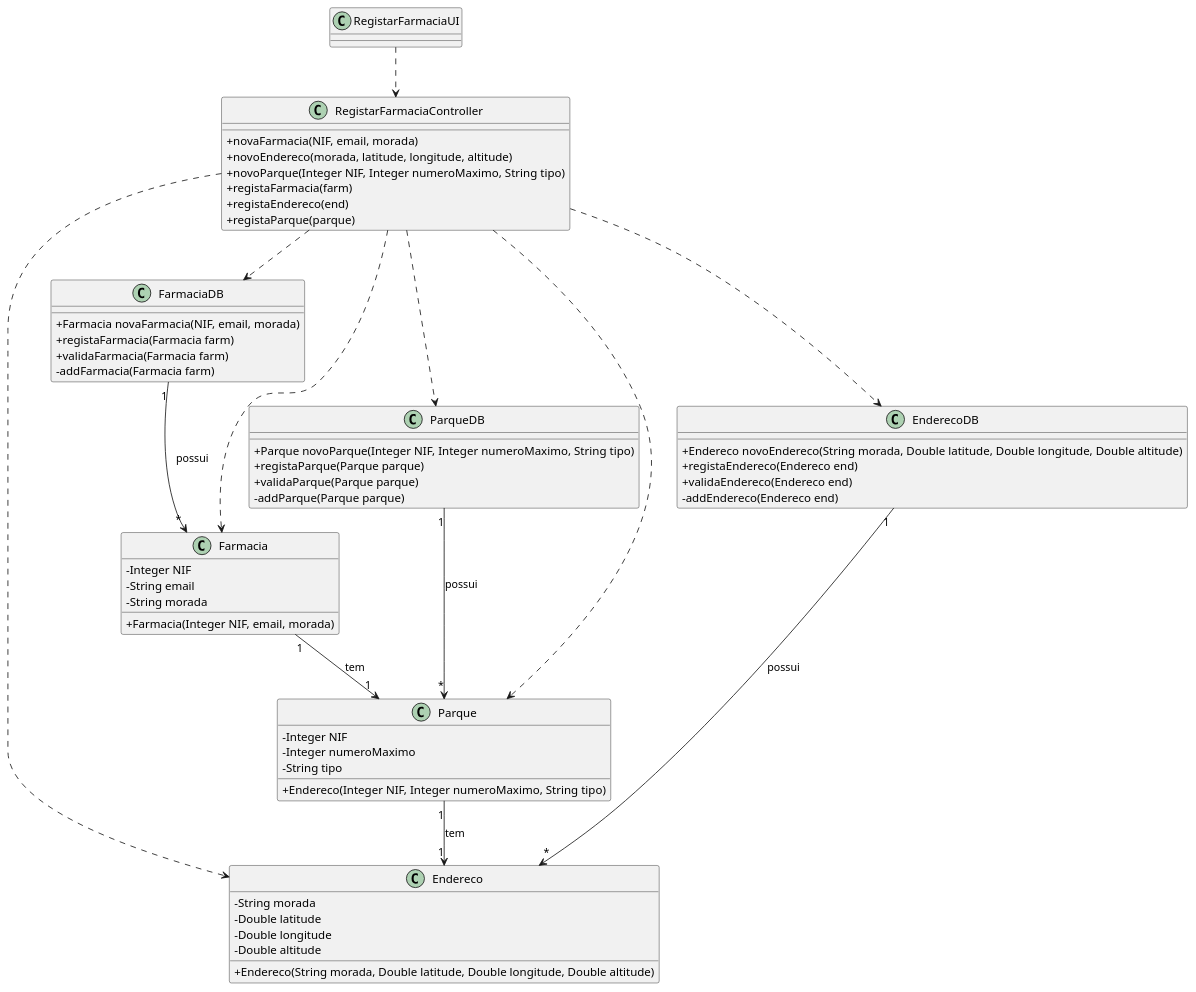
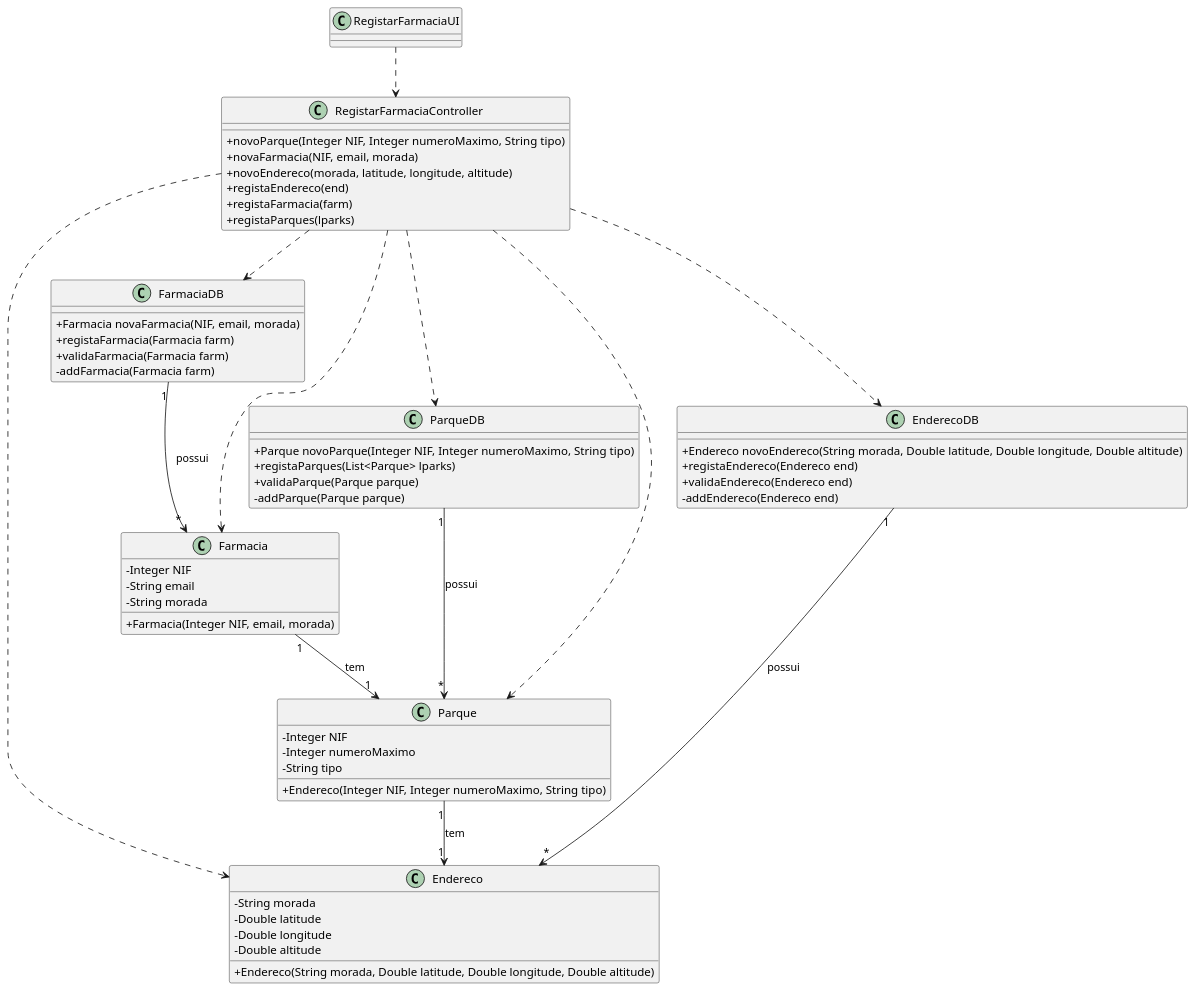
The diagram in docs/UC128/CD-REGISTAR FARMACIA.puml (pedrolemos4/LAPR3), drawn with PlantUML before and after one commit. The commit also changed 7 other files, not shown here.

```diff
--- a/docs/UC128/CD-REGISTAR FARMACIA.puml
+++ b/docs/UC128/CD-REGISTAR FARMACIA.puml
@@ -1,75 +1,75 @@
 @startuml
 skinparam classAttributeIconSize 0
 
 class Farmacia {
   -Integer NIF
   -String email
   -String morada
   +Farmacia(Integer NIF, email, morada)
 }
 
 class Endereco {
   -String morada
   -Double latitude
   -Double longitude
   -Double altitude 
   +Endereco(String morada, Double latitude, Double longitude, Double altitude)
 }
 
 class Parque {
   -Integer NIF
   -Integer numeroMaximo
   -String tipo
   +Endereco(Integer NIF, Integer numeroMaximo, String tipo)
 }
 
 class FarmaciaDB {
   +Farmacia novaFarmacia(NIF, email, morada)
   +registaFarmacia(Farmacia farm)
   +validaFarmacia(Farmacia farm)
   -addFarmacia(Farmacia farm)
 }
 
 class EnderecoDB {
   +Endereco novoEndereco(String morada, Double latitude, Double longitude, Double altitude)
   +registaEndereco(Endereco end)
   +validaEndereco(Endereco end)
   -addEndereco(Endereco end)
 }
 
 class ParqueDB {
   +Parque novoParque(Integer NIF, Integer numeroMaximo, String tipo)
-  +registaParque(Parque parque)
+  +registaParques(List<Parque> lparks)
   +validaParque(Parque parque)
   -addParque(Parque parque)
 }
 
 class RegistarFarmaciaController {
+  +novoParque(Integer NIF, Integer numeroMaximo, String tipo)
   +novaFarmacia(NIF, email, morada)
   +novoEndereco(morada, latitude, longitude, altitude)
-  +novoParque(Integer NIF, Integer numeroMaximo, String tipo)
+  +registaEndereco(end)
   +registaFarmacia(farm)
-  +registaEndereco(end)
-  +registaParque(parque)
+  +registaParques(lparks)
 }
 
 class RegistarFarmaciaUI {
   
 }
 
 RegistarFarmaciaUI ..> RegistarFarmaciaController
 RegistarFarmaciaController ..> ParqueDB
 RegistarFarmaciaController ..> EnderecoDB
 RegistarFarmaciaController ..> FarmaciaDB
 RegistarFarmaciaController ..> Parque
 RegistarFarmaciaController ..> Endereco
 RegistarFarmaciaController ..> Farmacia
 
 ParqueDB "1" --> "*" Parque : possui
 EnderecoDB "1" --> "*" Endereco : possui
 FarmaciaDB "1" --> "*" Farmacia : possui
 Farmacia "1" --> "1" Parque : tem
 Parque "1" --> "1" Endereco : tem
 
 
 @enduml
```
